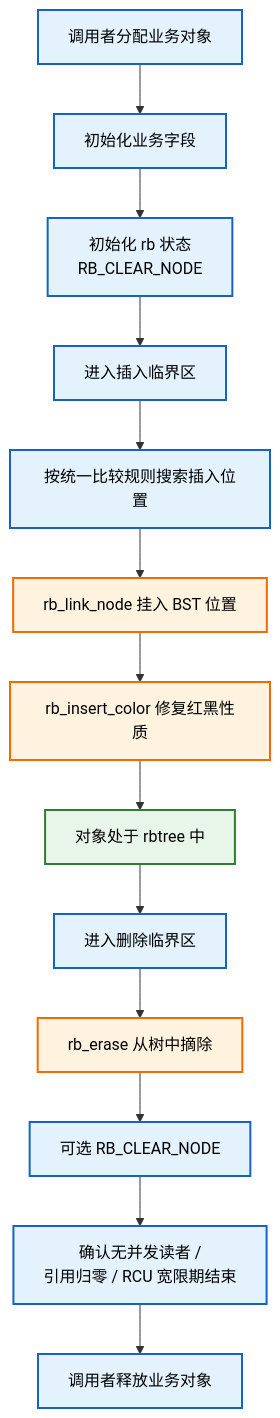
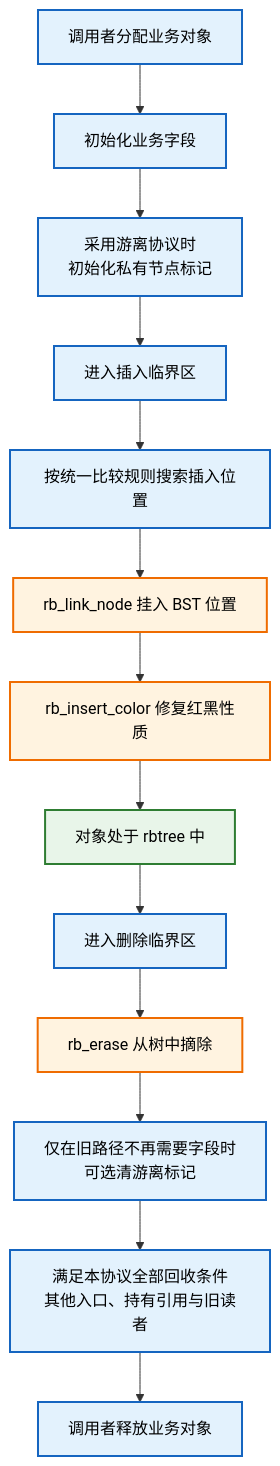
Diagram 19 of 53 in knowledge/linux/data_structures/红黑树_rb-tree/P09_Linux_6.12_内核_rbtree_嵌入式节点与使用者接口.md (FormingSystem/linux_note), drawn with Mermaid before and after one commit. The commit also changed other lines of this file and 12 other files, not shown here.

````diff
--- a/knowledge/linux/data_structures/红黑树_rb-tree/P09_Linux_6.12_内核_rbtree_嵌入式节点与使用者接口.md
+++ b/knowledge/linux/data_structures/红黑树_rb-tree/P09_Linux_6.12_内核_rbtree_嵌入式节点与使用者接口.md
@@ -1379,38 +1379,38 @@
 ```mermaid
 graph TD
 	alloc_obj["调用者分配业务对象"]
 	init_obj["初始化业务字段"]
-	clear_before["初始化 rb 状态<br/> RB_CLEAR_NODE"]
+	clear_before["采用游离协议时<br/>初始化私有节点标记"]
 	lock_insert["进入插入临界区"]
 	search_pos["按统一比较规则搜索插入位置"]
 	link_obj["rb_link_node 挂入 BST 位置"]
 	fix_obj["rb_insert_color 修复红黑性质"]
 	in_tree["对象处于 rbtree 中"]
 	lock_delete["进入删除临界区"]
 	erase_obj["rb_erase 从树中摘除"]
-	clear_after["可选 RB_CLEAR_NODE"]
-	check_refs["确认无并发读者 / <br/>引用归零 / RCU 宽限期结束"]
+	clear_after["仅在旧路径不再需要字段时<br/>可选清游离标记"]
+	check_refs["满足本协议全部回收条件<br/>其他入口、持有引用与旧读者"]
 	free_obj["调用者释放业务对象"]
 
 	alloc_obj --> init_obj
 	init_obj --> clear_before
 	clear_before --> lock_insert
 	lock_insert --> search_pos
 	search_pos --> link_obj
 	link_obj --> fix_obj
 	fix_obj --> in_tree
 	in_tree --> lock_delete
 	lock_delete --> erase_obj
 	erase_obj --> clear_after
 	clear_after --> check_refs
 	check_refs --> free_obj
 
 	classDef user fill:#e3f2fd,stroke:#1565c0,color:#000,stroke-width:2px;
 	classDef rb fill:#fff3e0,stroke:#ef6c00,color:#000,stroke-width:2px;
 	classDef state fill:#e8f5e9,stroke:#2e7d32,color:#000,stroke-width:2px;
 	classDef danger fill:#ffebee,stroke:#c62828,color:#000,stroke-width:2px;
 
 	class alloc_obj,init_obj,clear_before,lock_insert,search_pos,lock_delete,clear_after,check_refs,free_obj user;
 	class link_obj,fix_obj,erase_obj rb;
 	class in_tree state;
 ```
````
